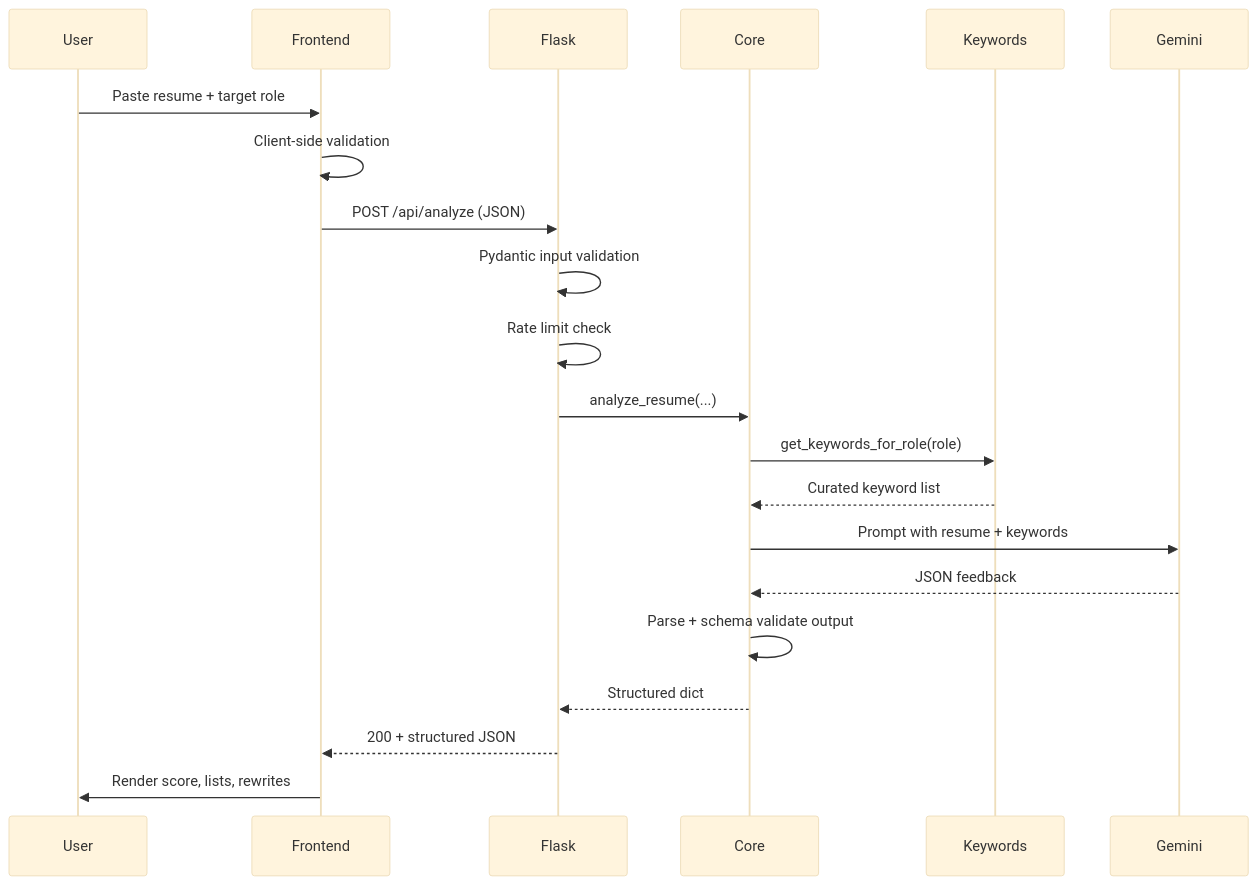
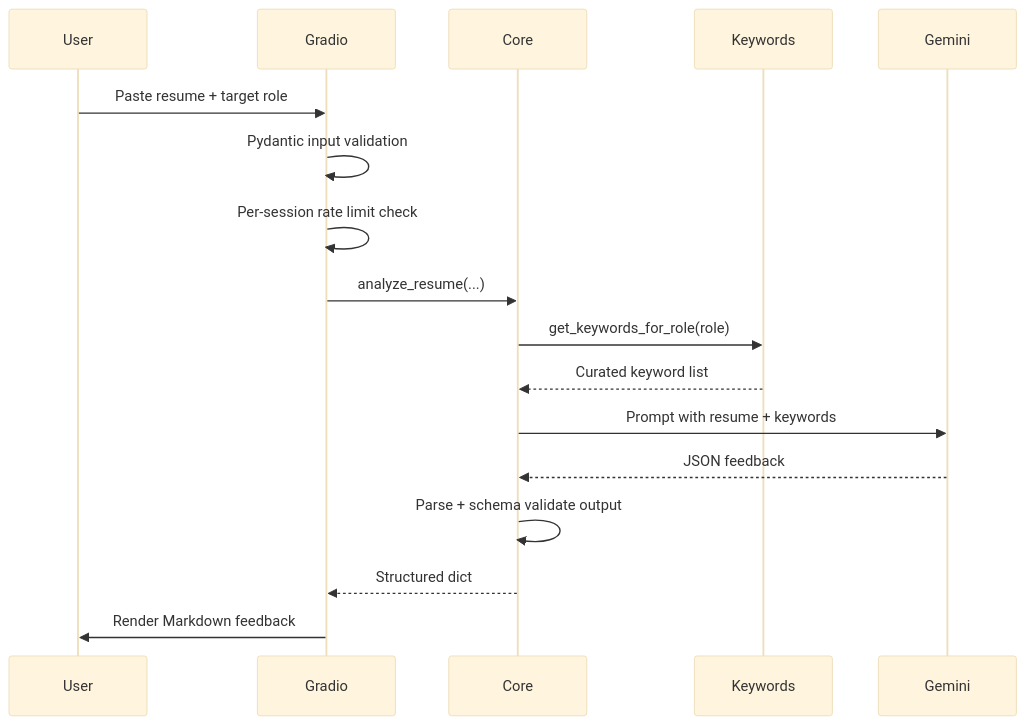
The diagram in ARCHITECTURE.md (haseebarif11/desk-review), drawn with Mermaid (base theme) before and after one commit. The commit also changed other lines of this file and 12 other files, not shown here.

````diff
--- a/ARCHITECTURE.md
+++ b/ARCHITECTURE.md
@@ -7,24 +7,20 @@
 ```mermaid
 sequenceDiagram
     participant User
-    participant Frontend
-    participant Flask
+    participant Gradio
     participant Core
     participant Keywords
     participant Gemini
 
-    User->>Frontend: Paste resume + target role
-    Frontend->>Frontend: Client-side validation
-    Frontend->>Flask: POST /api/analyze (JSON)
-    Flask->>Flask: Pydantic input validation
-    Flask->>Flask: Rate limit check
-    Flask->>Core: analyze_resume(...)
+    User->>Gradio: Paste resume + target role
+    Gradio->>Gradio: Pydantic input validation
+    Gradio->>Gradio: Per-session rate limit check
+    Gradio->>Core: analyze_resume(...)
     Core->>Keywords: get_keywords_for_role(role)
     Keywords-->>Core: Curated keyword list
     Core->>Gemini: Prompt with resume + keywords
     Gemini-->>Core: JSON feedback
     Core->>Core: Parse + schema validate output
-    Core-->>Flask: Structured dict
-    Flask-->>Frontend: 200 + structured JSON
-    Frontend->>User: Render score, lists, rewrites
+    Core-->>Gradio: Structured dict
+    Gradio->>User: Render Markdown feedback
 ```
````
